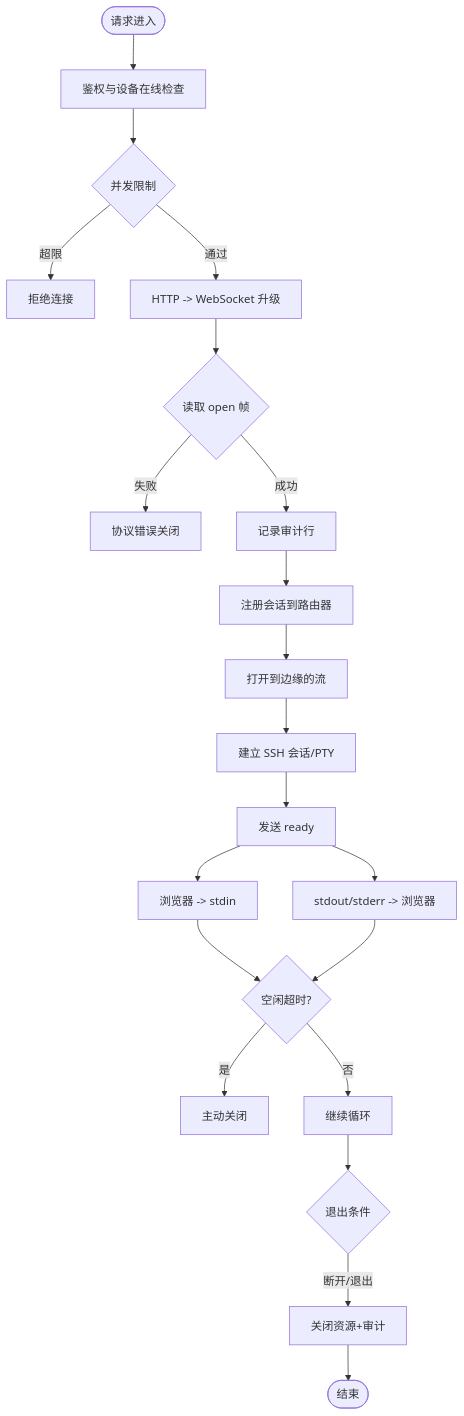
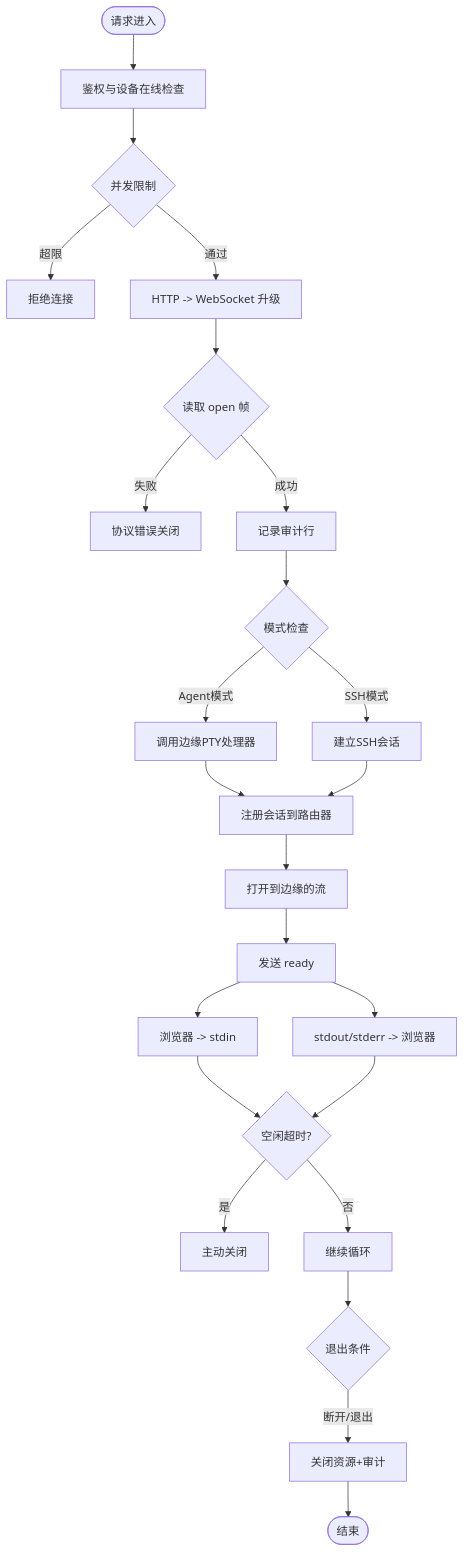
One commit to xied1133-oss/ongrid changed the third of 8 diagrams in .qoder/repowiki/zh/content/前端应用/API 集成/实时通信.md. Above: the diagram before and after it, drawn with Mermaid. The commit also changed other lines of this file and 131 other files, not shown here.

````diff
--- a/.qoder/repowiki/zh/content/前端应用/API 集成/实时通信.md
+++ b/.qoder/repowiki/zh/content/前端应用/API 集成/实时通信.md
@@ -134,23 +162,26 @@
 ```mermaid
 flowchart TD
 Start(["请求进入"]) --> Auth["鉴权与设备在线检查"]
 Auth --> Limit{"并发限制"}
 Limit --> |超限| Reject["拒绝连接"]
 Limit --> |通过| Upgrade["HTTP -> WebSocket 升级"]
 Upgrade --> OpenFrame{"读取 open 帧"}
 OpenFrame --> |失败| CloseErr["协议错误关闭"]
 OpenFrame --> |成功| Audit["记录审计行"]
-Audit --> Register["注册会话到路由器"]
+Audit --> ModeCheck{"模式检查"}
+ModeCheck --> |Agent模式| AgentPath["调用边缘PTY处理器"]
+ModeCheck --> |SSH模式| SSHPath["建立SSH会话"]
+AgentPath --> Register["注册会话到路由器"]
+SSHPath --> Register
 Register --> Stream["打开到边缘的流"]
-Stream --> SSH["建立 SSH 会话/PTY"]
-SSH --> Ready["发送 ready"]
+Stream --> Ready["发送 ready"]
 Ready --> PumpIn["浏览器 -> stdin"]
 Ready --> PumpOut["stdout/stderr -> 浏览器"]
 PumpIn --> IdleWatch{"空闲超时?"}
 PumpOut --> IdleWatch
 IdleWatch --> |是| CloseIdle["主动关闭"]
 IdleWatch --> |否| Loop["继续循环"]
 Loop --> Exit{"退出条件"}
 Exit --> |断开/退出| Cleanup["关闭资源+审计"]
 Cleanup --> End(["结束"])
 ```
````
